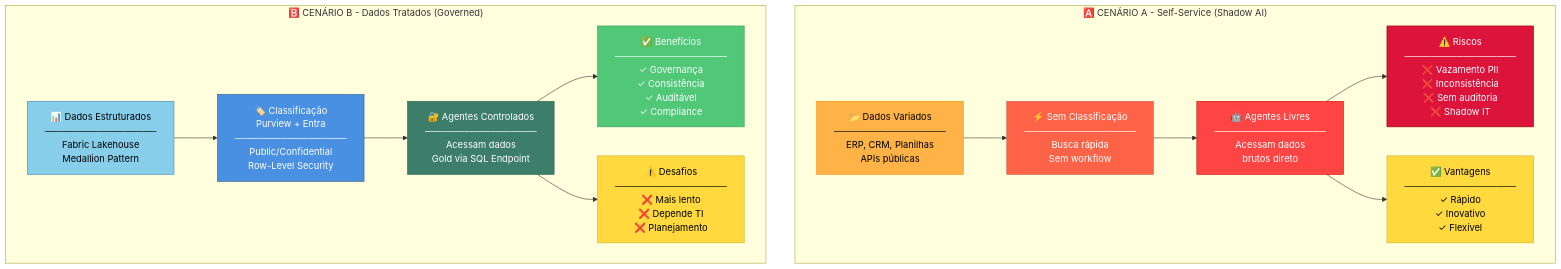
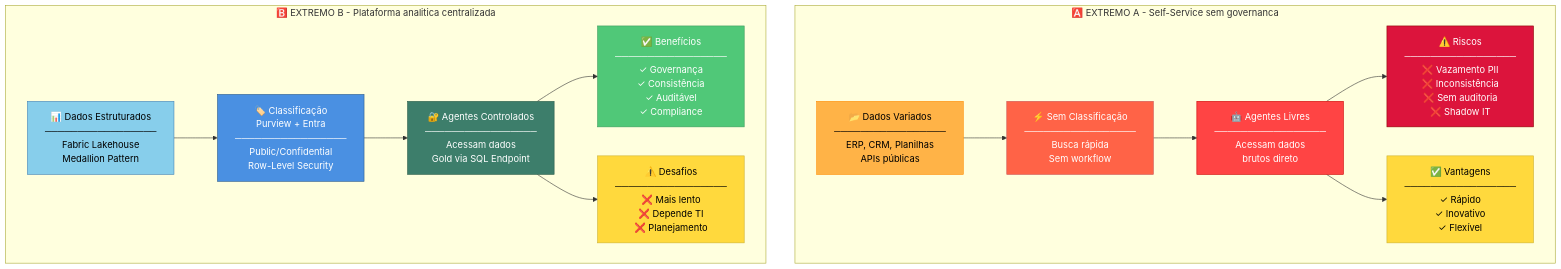
One commit to fabioharams/hubsp-ai-skill changed the diagram in chapters/04-adoption-strategies.md. Above: the diagram before and after it, drawn with Mermaid. The commit also changed other lines of this file and 31 other files, not shown here.

````diff
--- a/chapters/04-adoption-strategies.md
+++ b/chapters/04-adoption-strategies.md
@@ -28,40 +30,40 @@
 ```mermaid
 graph TB
-    subgraph ScenarioA ["🅰️ CENÁRIO A - Self-Service (Shadow AI)"]
+    subgraph ScenarioA ["🅰️ EXTREMO A - Self-Service sem governanca"]
         A1["📂 Dados Variados<br/>─────────────────<br/>ERP, CRM, Planilhas<br/>APIs públicas"]
         A2["⚡ Sem Classificação<br/>─────────────────<br/>Busca rápida<br/>Sem workflow"]
         A3["🤖 Agentes Livres<br/>─────────────────<br/>Acessam dados<br/>brutos direto"]
         A4["⚠️ Riscos<br/>─────────────────<br/>❌ Vazamento PII<br/>❌ Inconsistência<br/>❌ Sem auditoria<br/>❌ Shadow IT"]
         A5["✅ Vantagens<br/>─────────────────<br/>✓ Rápido<br/>✓ Inovativo<br/>✓ Flexível"]
         
         A1 --> A2
         A2 --> A3
         A3 --> A4
         A3 --> A5
     end
     
-    subgraph ScenarioB ["🅱️ CENÁRIO B - Dados Tratados (Governed)"]
+    subgraph ScenarioB ["🅱️ EXTREMO B - Plataforma analitica centralizada"]
         B1["📊 Dados Estruturados<br/>─────────────────<br/>Fabric Lakehouse<br/>Medallion Pattern"]
         B2["🏷️ Classificação<br/>Purview + Entra<br/>─────────────────<br/>Public/Confidential<br/>Row-Level Security"]
         B3["🔐 Agentes Controlados<br/>─────────────────<br/>Acessam dados<br/>Gold via SQL Endpoint"]
         B4["✅ Benefícios<br/>─────────────────<br/>✓ Governança<br/>✓ Consistência<br/>✓ Auditável<br/>✓ Compliance"]
         B5["⚠️ Desafios<br/>─────────────────<br/>❌ Mais lento<br/>❌ Depende TI<br/>❌ Planejamento"]
         
         B1 --> B2
         B2 --> B3
         B3 --> B4
         B3 --> B5
     end
     
     style A1 fill:#FFB347,stroke:#FF8C00,color:#000
     style A2 fill:#FF6347,stroke:#CC5555,color:#fff
     style A3 fill:#FF4444,stroke:#CC0000,color:#fff
     style A4 fill:#DC143C,stroke:#8B0000,color:#fff
     style A5 fill:#FFD93D,stroke:#CCB030,color:#000
     
     style B1 fill:#87CEEB,stroke:#4682B4,color:#000
     style B2 fill:#4A90E2,stroke:#2E5C8A,color:#fff
     style B3 fill:#3D7E6B,stroke:#2D5E4B,color:#fff
     style B4 fill:#50C878,stroke:#3A9B5C,color:#fff
     style B5 fill:#FFD93D,stroke:#CCB030,color:#000
 ```
````
